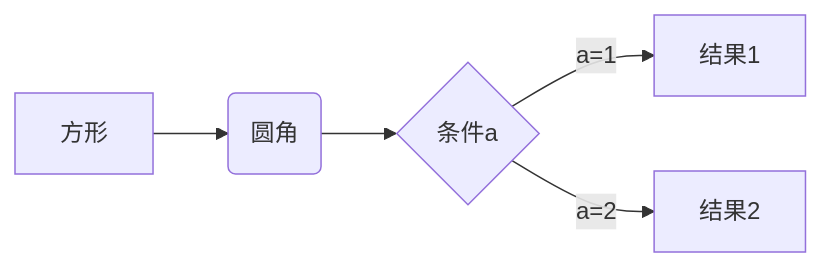
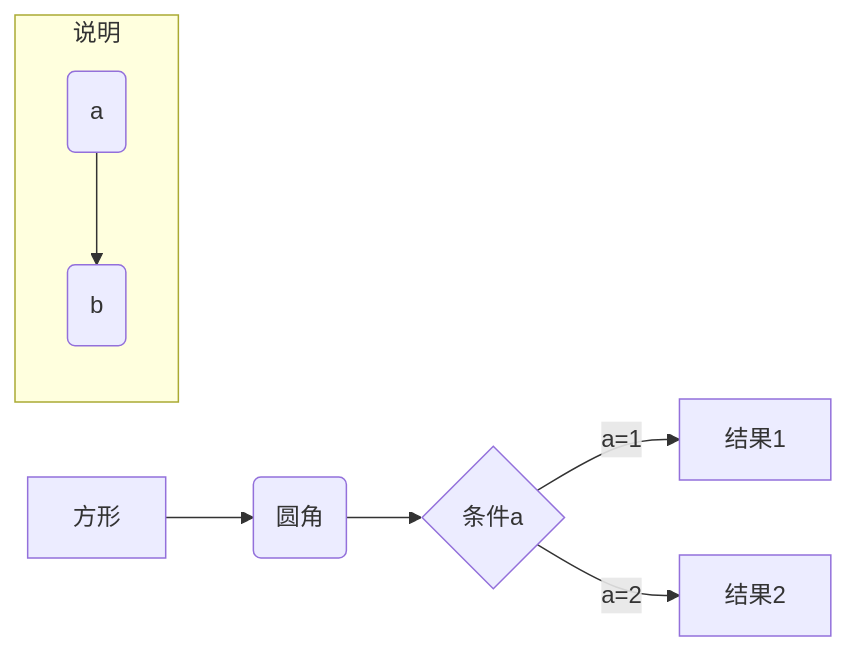
Before and after one commit to LiamLea/notes: the diagram in others/2020-02/markdown.md, drawn with Mermaid. The commit also changed other lines of this file and 20 other files, not shown here.

````diff
--- a/others/2020-02/markdown.md
+++ b/others/2020-02/markdown.md
@@ -143,7 +149,12 @@
 ```mermaid
 graph LR
-A[方形] --> B(圆角)
-B --> C{条件a}
-C -->|a=1| D[结果1]
-C -->|a=2| E[结果2]
+A["方形"] --> B("圆角")
+B --> C{"条件a"}
+C --"a=1"-->D["结果1"]
+C --"a=2"-->E["结果2"]
+
+subgraph 说明
+  F("a")-->G("b")
+end
+
 ```
````
